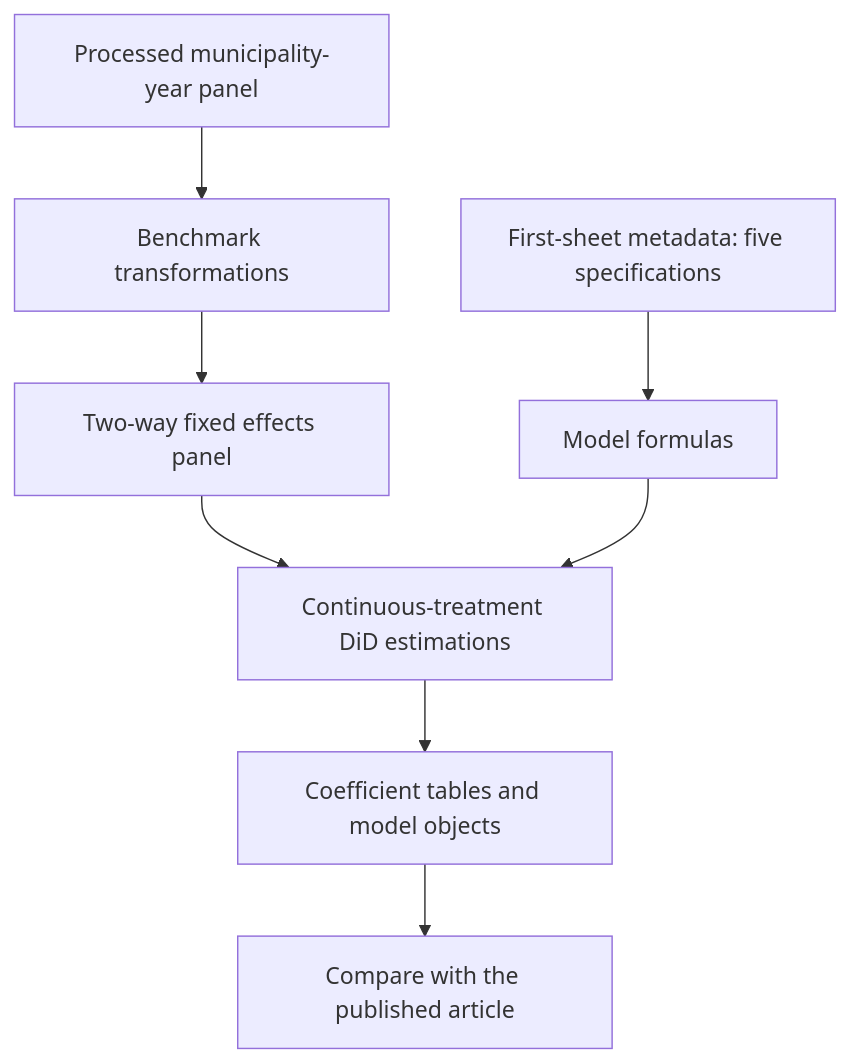
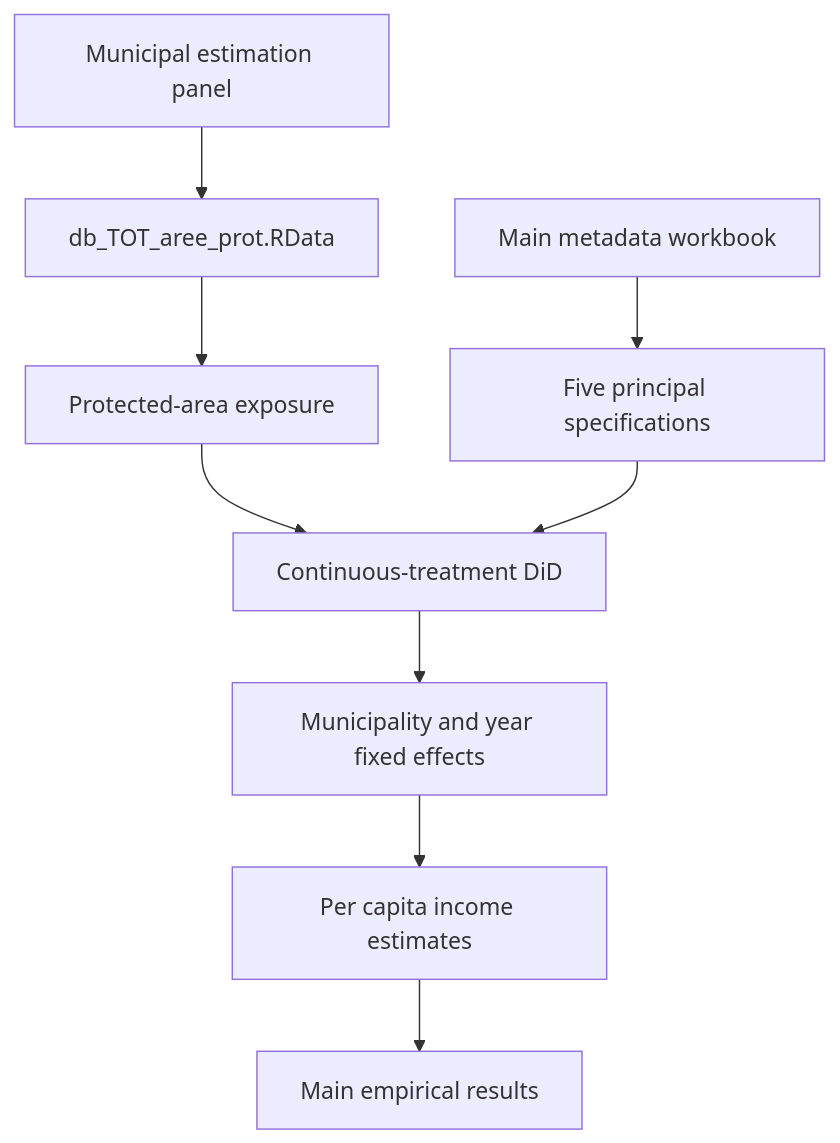
Before and after one commit to gmonturano/enviromental_income_park: the diagram in README.md, drawn with Mermaid. The commit also changed other lines of this file, not shown here.

````diff
--- a/README.md
+++ b/README.md
@@ -31,10 +90,13 @@
 ```mermaid
 flowchart TD
-    A[Processed municipality-year panel] --> B[Benchmark transformations]
-    M[First-sheet metadata: five specifications] --> C[Model formulas]
-    B --> D[Two-way fixed effects panel]
-    D --> E[Continuous-treatment DiD estimations]
-    C --> E
-    E --> F[Coefficient tables and model objects]
-    F --> G[Compare with the published article]
+    A["Municipal estimation panel"] --> B["db_TOT_aree_prot.RData"]
+    C["Main metadata workbook"] --> D["Five principal specifications"]
+
+    B --> E["Protected-area exposure"]
+    E --> F["Continuous-treatment DiD"]
+    D --> F
+
+    F --> G["Municipality and year fixed effects"]
+    G --> H["Per capita income estimates"]
+    H --> I["Main empirical results"]
 ```
````
